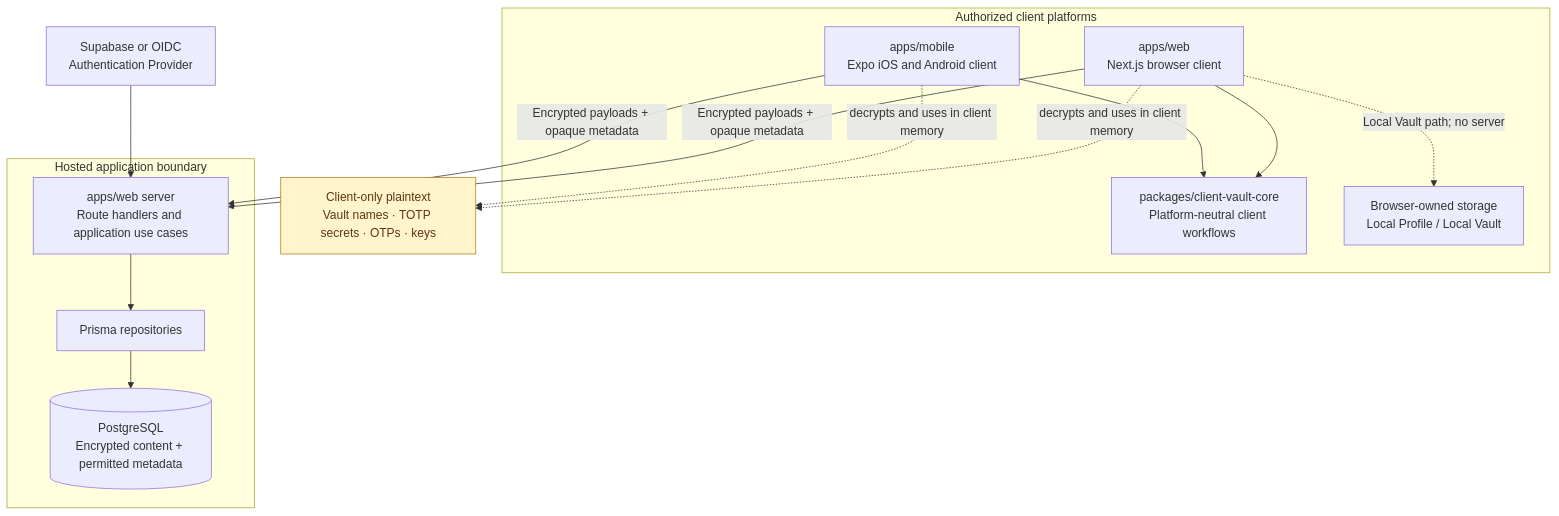
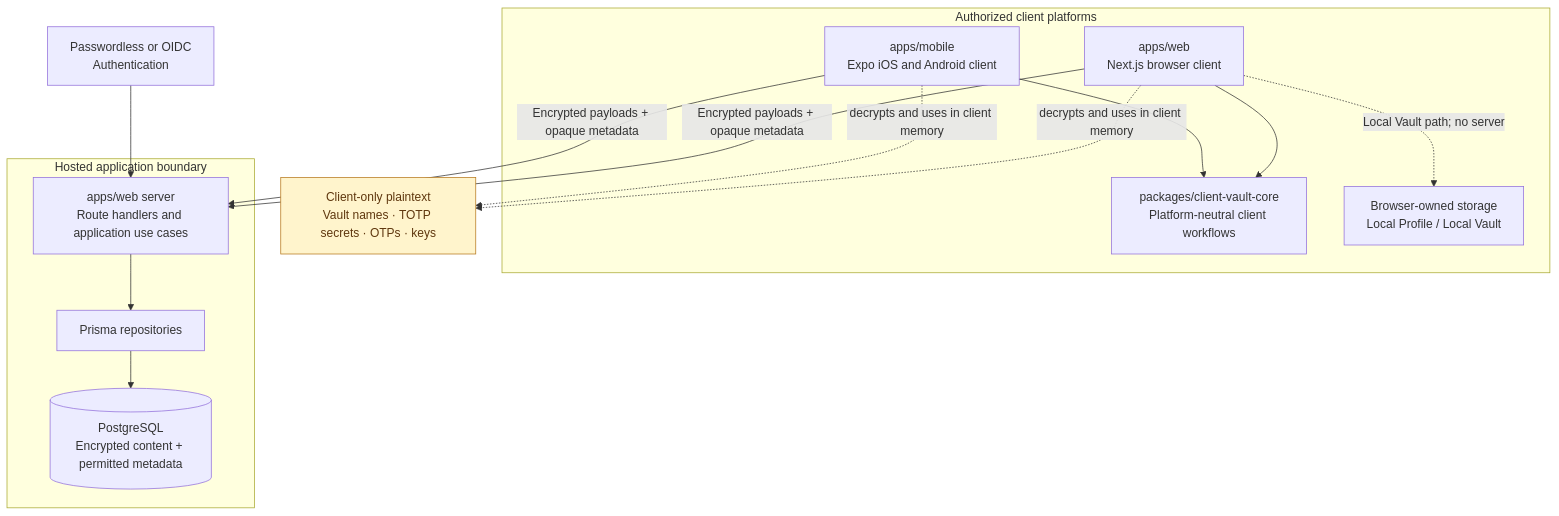
The diagram in README.md (arrokh/rhasia-scret), drawn with Mermaid before and after one commit. The commit also changed other lines of this file and 223 other files, not shown here.

First line of the commit message:
[infra] feat: Replace Supabase Auth with passwordless

````diff
--- a/README.md
+++ b/README.md
@@ -33,29 +33,29 @@
 ```mermaid
 flowchart TB
     subgraph clients["Authorized client platforms"]
         browser["apps/web<br/>Next.js browser client"]
         mobile["apps/mobile<br/>Expo iOS and Android client"]
         core["packages/client-vault-core<br/>Platform-neutral client workflows"]
         local["Browser-owned storage<br/>Local Profile / Local Vault"]
         browser --> core
         mobile --> core
         browser -. "Local Vault path; no server" .-> local
     end
 
     subgraph hosted["Hosted application boundary"]
         routes["apps/web server<br/>Route handlers and application use cases"]
         prisma["Prisma repositories"]
         database[("PostgreSQL<br/>Encrypted content + permitted metadata")]
         routes --> prisma --> database
     end
 
-    auth["Supabase or OIDC<br/>Authentication Provider"] --> routes
+    auth["Passwordless or OIDC<br/>Authentication"] --> routes
     browser -- "Encrypted payloads + opaque metadata" --> routes
     mobile -- "Encrypted payloads + opaque metadata" --> routes
     plaintext["Client-only plaintext<br/>Vault names · TOTP secrets · OTPs · keys"]:::clientOnly
     browser -. "decrypts and uses in client memory" .-> plaintext
     mobile -. "decrypts and uses in client memory" .-> plaintext
 
     classDef clientOnly fill:#fff4cc,stroke:#b7791f,color:#5f370e;
     classDef hosted fill:#edf2f7,stroke:#4a5568,color:#1a202c;
 ```
````
